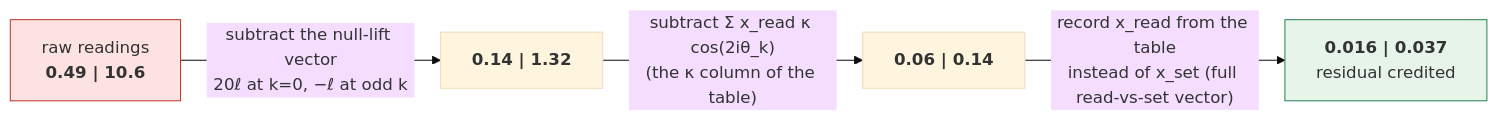
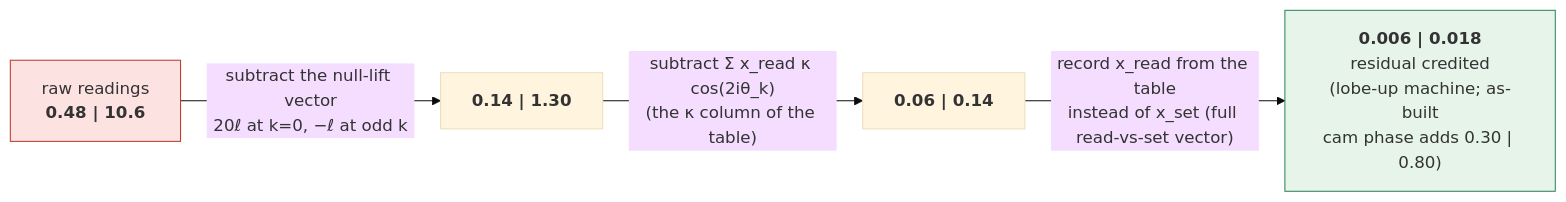
One commit to pedropaulovc/harmonic-analyzer changed the second of 4 diagrams in cad/docs/tolerance-policy.md. Above: the diagram before and after it, drawn with Mermaid (base theme). The commit also changed other lines of this file and 9 other files, not shown here.

First line of the commit message:
cad: the cam shaft axis is fixed by the frame; the as-built 1.5 deg cam home phase is scored and waived; stick note 5 removed

````diff
--- a/cad/docs/tolerance-policy.md
+++ b/cad/docs/tolerance-policy.md
@@ -207,8 +210,8 @@
 ```mermaid
 flowchart LR
-    raw["raw readings<br/><b>0.49 | 10.6</b>"] -->|"subtract the null-lift vector<br/>20ℓ at k=0, −ℓ at odd k"| a["<b>0.14 | 1.32</b>"]
+    raw["raw readings<br/><b>0.48 | 10.6</b>"] -->|"subtract the null-lift vector<br/>20ℓ at k=0, −ℓ at odd k"| a["<b>0.14 | 1.30</b>"]
     a -->|"subtract Σ x_read κ cos(2iθ_k)<br/>(the κ column of the table)"| b["<b>0.06 | 0.14</b>"]
-    b -->|"record x_read from the table<br/>instead of x_set (full read-vs-set vector)"| c["<b>0.016 | 0.037</b><br/>residual credited"]
+    b -->|"record x_read from the table<br/>instead of x_set (full read-vs-set vector)"| c["<b>0.006 | 0.018</b><br/>residual credited<br/>(lobe-up machine; as-built<br/>cam phase adds 0.30 | 0.80)"]
     style raw fill:#fde2e2,stroke:#c0392b
     style c fill:#e6f4ea,stroke:#2f855a
 ```
````
